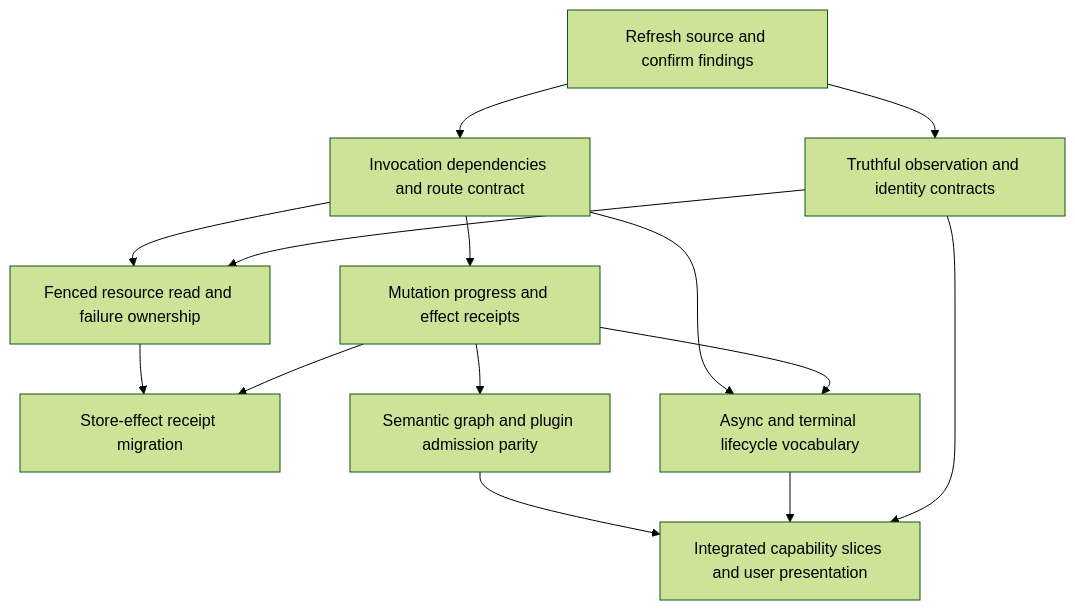
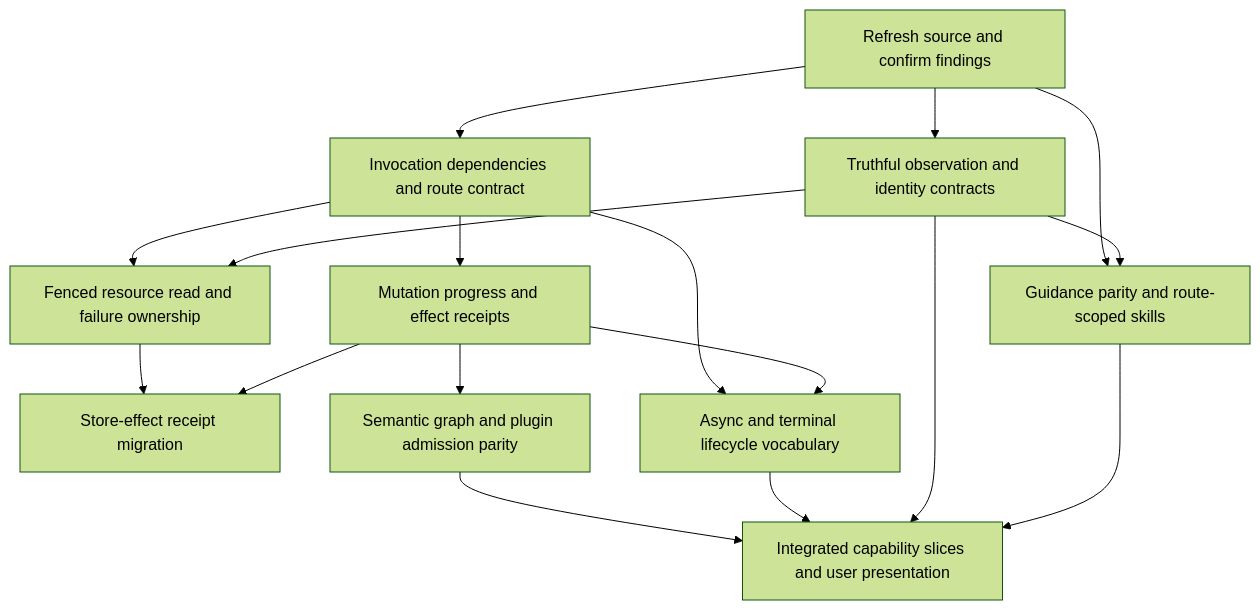
The diagram in docs/architecture/composer-tool-assessment/remediation-plan.md (dta-au/elspeth), drawn with Mermaid (forest theme) before and after one commit. The commit also changed other lines of this file and 4 other files, not shown here.

````diff
--- a/docs/architecture/composer-tool-assessment/remediation-plan.md
+++ b/docs/architecture/composer-tool-assessment/remediation-plan.md
@@ -29,16 +36,19 @@
 ```mermaid
 flowchart TD
     R0[Refresh source and confirm findings] --> R1[Invocation dependencies and route contract]
     R0 --> R2[Truthful observation and identity contracts]
+    R0 --> R8[Guidance parity and route-scoped skills]
     R1 --> R3[Fenced resource read and failure ownership]
     R2 --> R3
     R1 --> R4[Mutation progress and effect receipts]
     R3 --> R4E[Store-effect receipt migration]
     R4 --> R4E
     R4 --> R5[Semantic graph and plugin admission parity]
     R1 --> R6[Async and terminal lifecycle vocabulary]
     R4 --> R6
+    R2 --> R8
     R5 --> R7[Integrated capability slices and user presentation]
     R6 --> R7
     R2 --> R7
+    R8 --> R7
 ```
````
